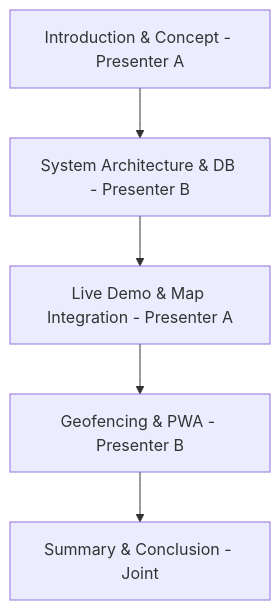
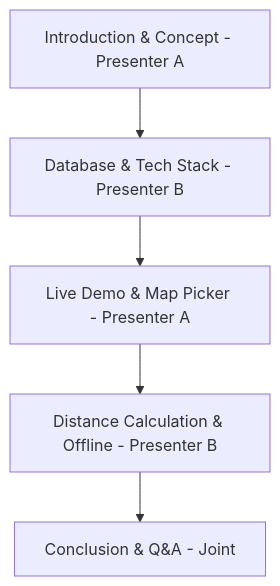
Before and after one commit to exampletemp604-ux/georeminder: the diagram in Project_Review_Presentation_Guide.md, drawn with Mermaid. The commit also changed other lines of this file, not shown here.

````diff
--- a/Project_Review_Presentation_Guide.md
+++ b/Project_Review_Presentation_Guide.md
@@ -18,7 +17,7 @@
 ```mermaid
 graph TD
-    A[Introduction & Concept - Presenter A] --> B[System Architecture & DB - Presenter B]
-    B --> C[Live Demo & Map Integration - Presenter A]
-    C --> D[Geofencing & PWA - Presenter B]
-    D --> E[Summary & Conclusion - Joint]
+    A[Introduction & Concept - Presenter A] --> B[Database & Tech Stack - Presenter B]
+    B --> C[Live Demo & Map Picker - Presenter A]
+    C --> D[Distance Calculation & Offline - Presenter B]
+    D --> E[Conclusion & Q&A - Joint]
 ```
````
